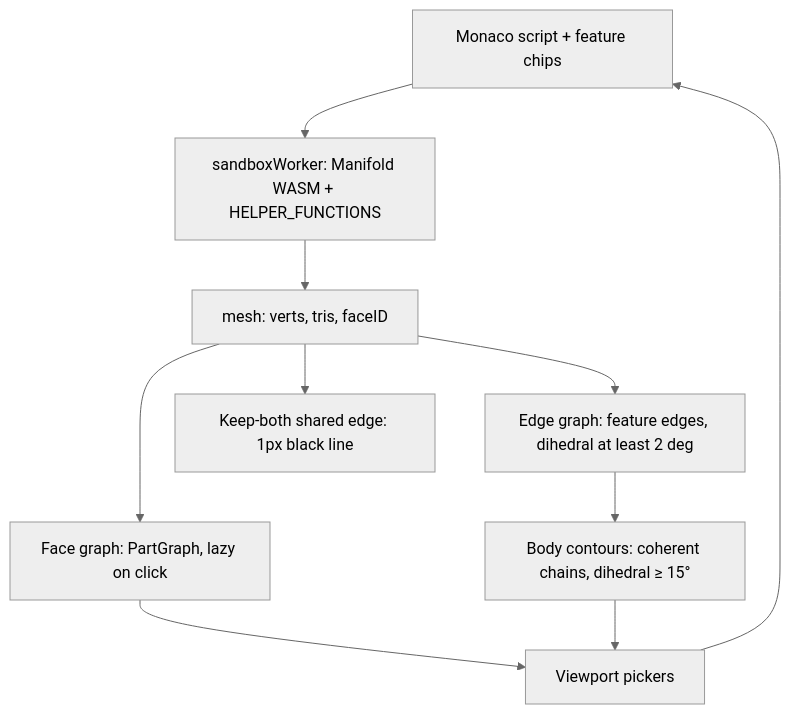
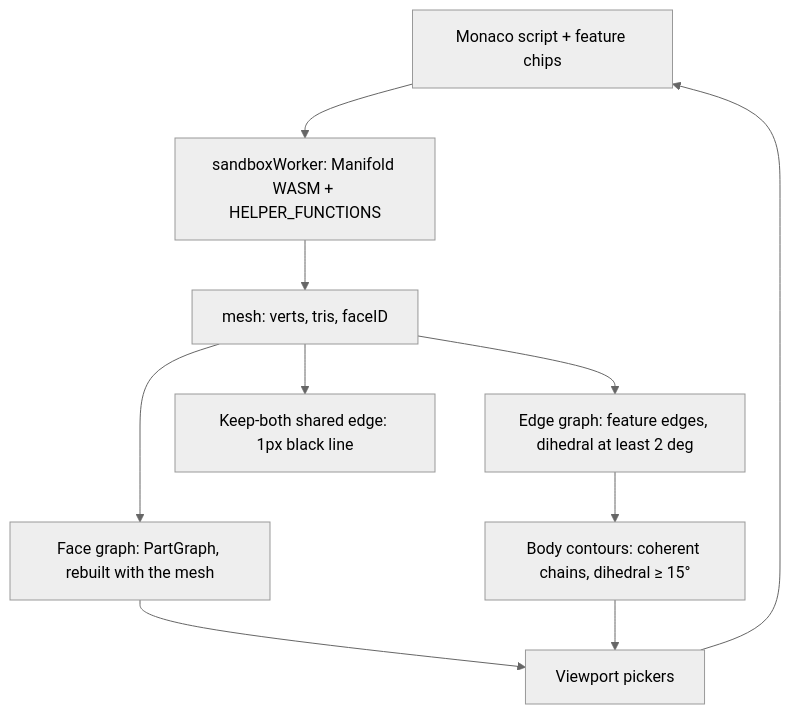
One commit to artur0x0/3dculos changed the diagram in docs/architecture.md. Above: the diagram before and after it, drawn with Mermaid (neutral theme). The commit also changed other lines of this file and 4 other files, not shown here.

````diff
--- a/docs/architecture.md
+++ b/docs/architecture.md
@@ -11,12 +11,12 @@
 ```mermaid
 flowchart TD
   script["Monaco script + feature chips"] --> worker["sandboxWorker: Manifold WASM + HELPER_FUNCTIONS"]
   worker --> mesh["mesh: verts, tris, faceID"]
-  mesh --> face["Face graph: PartGraph, lazy on click"]
+  mesh --> face["Face graph: PartGraph, rebuilt with the mesh"]
   mesh --> edge["Edge graph: feature edges, dihedral at least 2 deg"]
   edge --> contour["Body contours: coherent chains, dihedral ≥ 15°"]
   mesh --> seam["Keep-both shared edge: 1px black line"]
   face --> pick["Viewport pickers"]
   contour --> pick
   pick --> script
 ```
````
